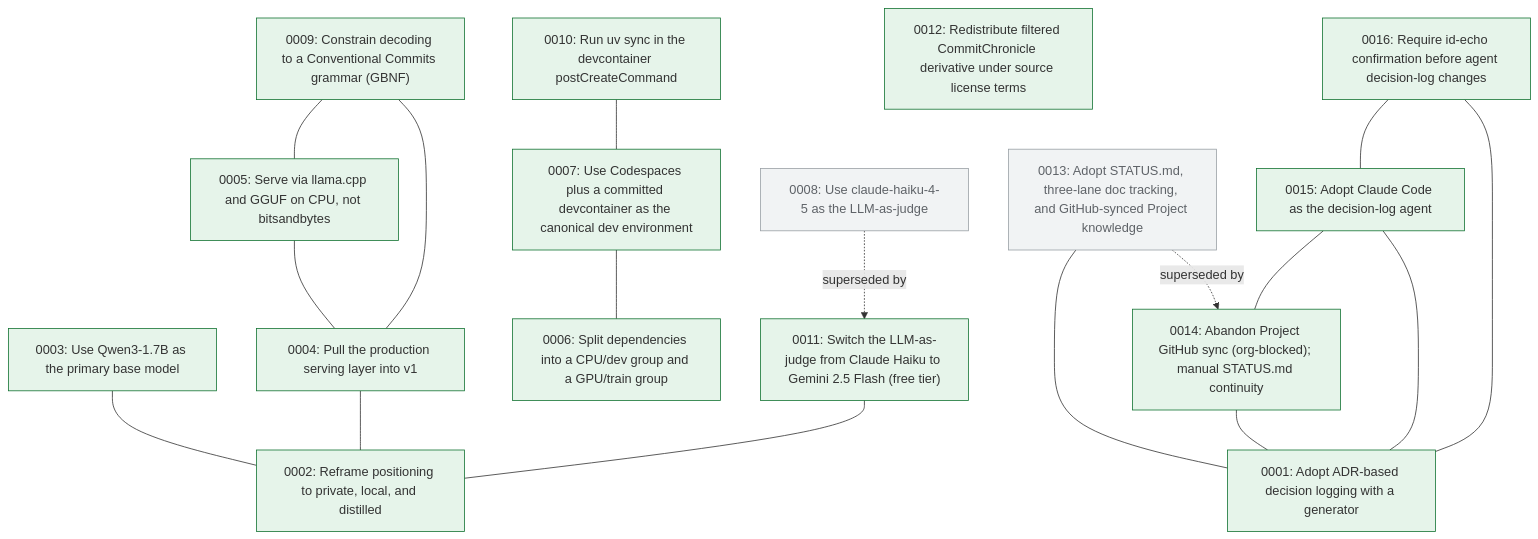
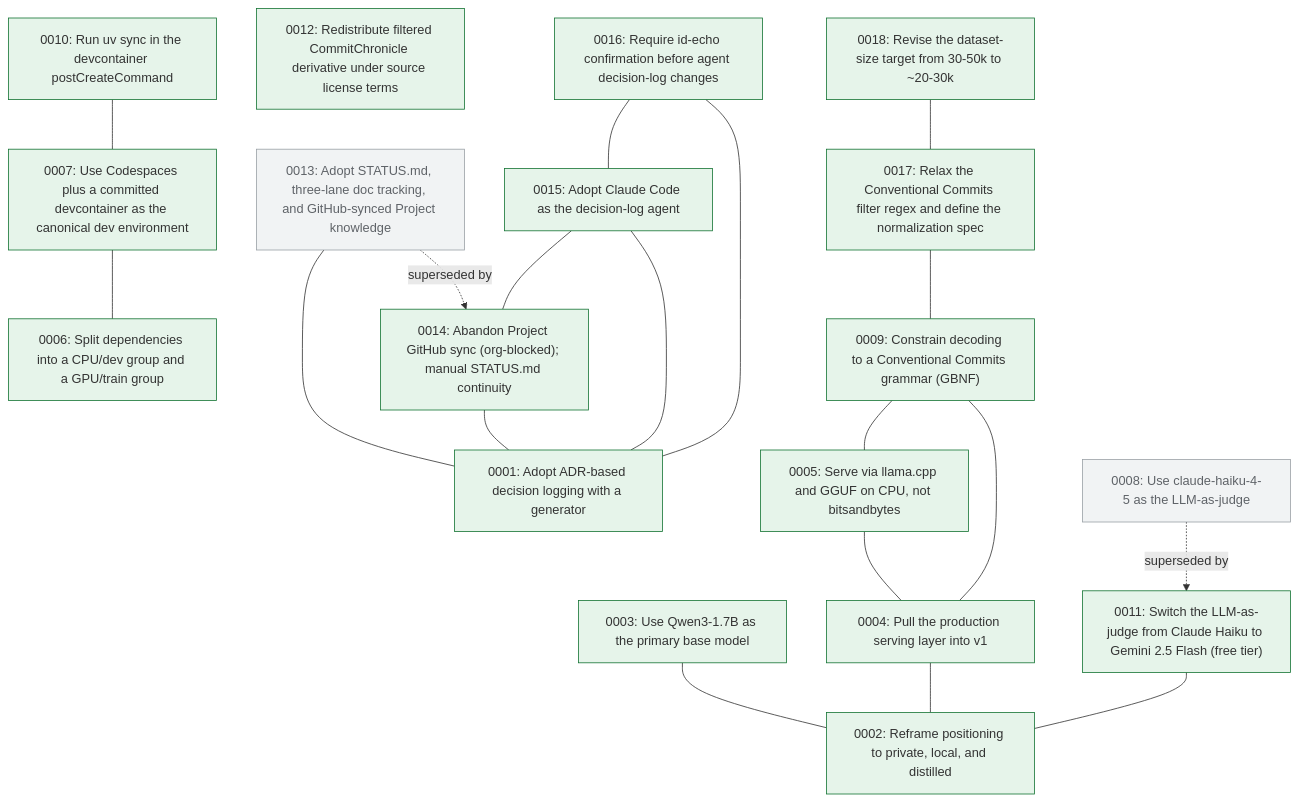
The diagram in docs/decision-tree.md (marzoukbaig14/Committed), drawn with Mermaid before and after one commit. The commit also changed 4 other files, not shown here.

````diff
--- a/docs/decision-tree.md
+++ b/docs/decision-tree.md
@@ -5,39 +5,43 @@
 ```mermaid
 graph TD
   n0001["0001: Adopt ADR-based decision logging with a generator"]:::accepted
   n0002["0002: Reframe positioning to private, local, and distilled"]:::accepted
   n0003["0003: Use Qwen3-1.7B as the primary base model"]:::accepted
   n0004["0004: Pull the production serving layer into v1"]:::accepted
   n0005["0005: Serve via llama.cpp and GGUF on CPU, not bitsandbytes"]:::accepted
   n0006["0006: Split dependencies into a CPU/dev group and a GPU/train group"]:::accepted
   n0007["0007: Use Codespaces plus a committed devcontainer as the canonical dev environment"]:::accepted
   n0008["0008: Use claude-haiku-4-5 as the LLM-as-judge"]:::superseded
   n0009["0009: Constrain decoding to a Conventional Commits grammar (GBNF)"]:::accepted
   n0010["0010: Run uv sync in the devcontainer postCreateCommand"]:::accepted
   n0011["0011: Switch the LLM-as-judge from Claude Haiku to Gemini 2.5 Flash (free tier)"]:::accepted
   n0012["0012: Redistribute filtered CommitChronicle derivative under source license terms"]:::accepted
   n0013["0013: Adopt STATUS.md, three-lane doc tracking, and GitHub-synced Project knowledge"]:::superseded
   n0014["0014: Abandon Project GitHub sync (org-blocked); manual STATUS.md continuity"]:::accepted
   n0015["0015: Adopt Claude Code as the decision-log agent"]:::accepted
   n0016["0016: Require id-echo confirmation before agent decision-log changes"]:::accepted
+  n0017["0017: Relax the Conventional Commits filter regex and define the normalization spec"]:::accepted
+  n0018["0018: Revise the dataset-size target from 30-50k to ~20-30k"]:::accepted
   n0003 --- n0002
   n0004 --- n0002
   n0005 --- n0004
   n0007 --- n0006
   n0009 --- n0004
   n0009 --- n0005
   n0010 --- n0007
   n0008 -. superseded by .-> n0011
   n0011 --- n0002
   n0013 --- n0001
   n0013 -. superseded by .-> n0014
   n0014 --- n0001
   n0015 --- n0001
   n0015 --- n0014
   n0016 --- n0001
   n0016 --- n0015
+  n0017 --- n0009
+  n0018 --- n0017
   classDef proposed fill:#fff7e6,stroke:#d4a017;
   classDef accepted fill:#e6f4ea,stroke:#137333;
   classDef superseded fill:#f1f3f4,stroke:#9aa0a6,color:#5f6368;
   classDef deprecated fill:#fce8e6,stroke:#c5221f,color:#5f6368;
 ```
````
